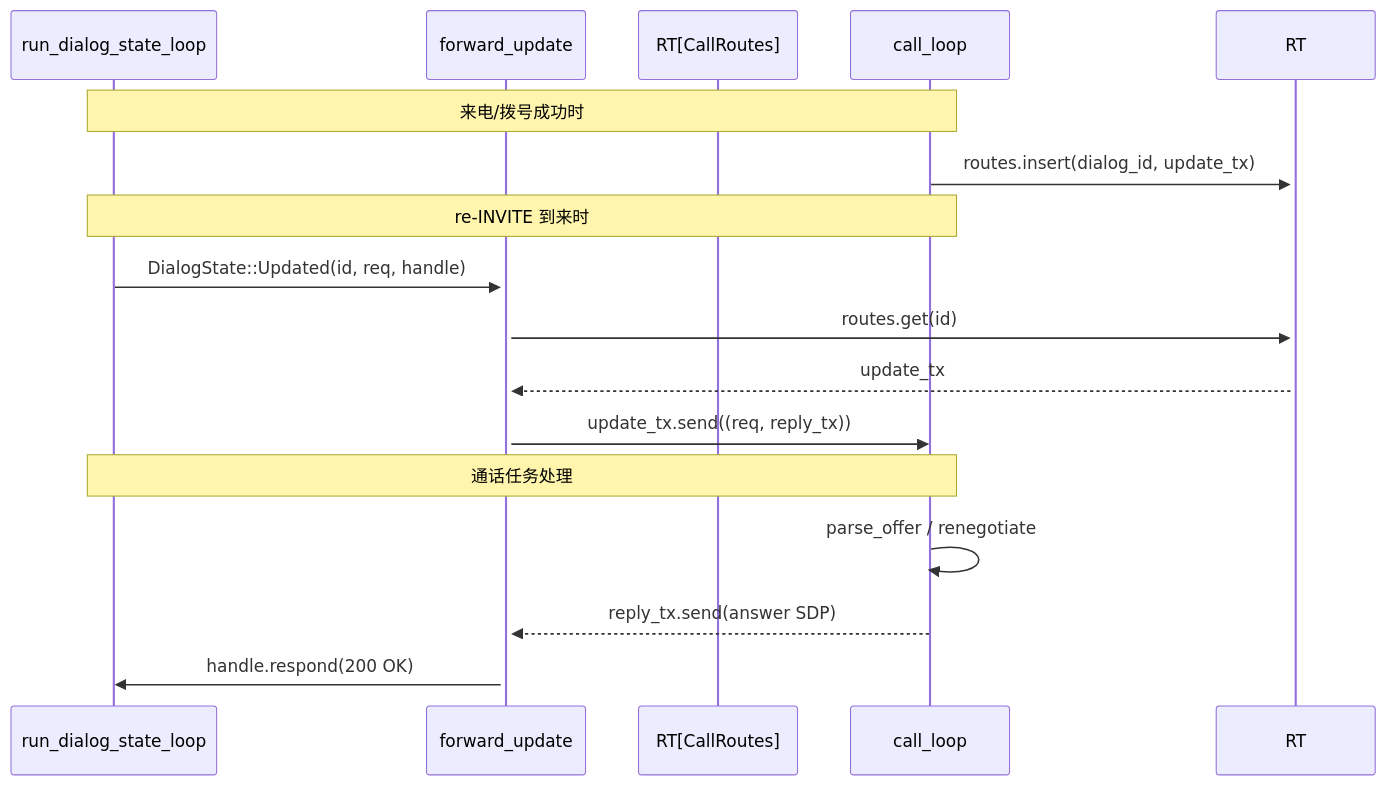
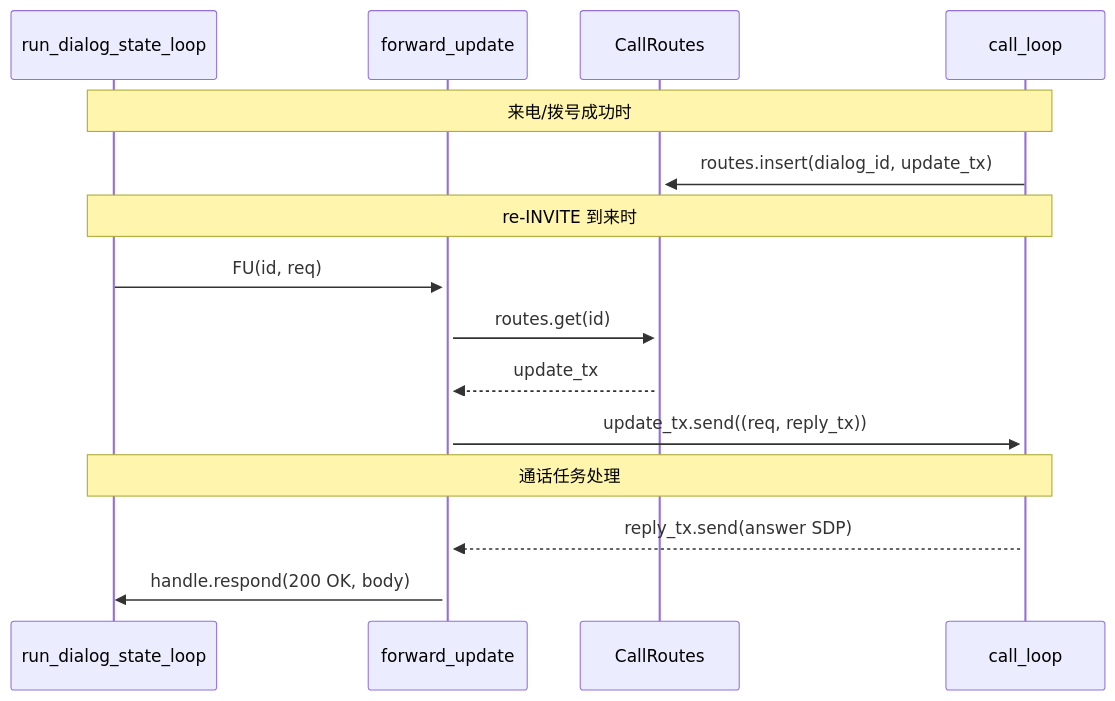
Before and after one commit to TOTHTOT/media_talk_rust: the sixth of 13 diagrams in crates/call-ui/README.md, drawn with Mermaid. The commit also changed other lines of this file, not shown here.

Commit message:
[文档] call-ui/README: 修复 Mermaid sequenceDiagram 箭头方向

````diff
--- a/crates/call-ui/README.md
+++ b/crates/call-ui/README.md
@@ -124,21 +124,20 @@
 ```mermaid
 sequenceDiagram
     participant RSL as run_dialog_state_loop
     participant FU as forward_update
-    participant RT[CallRoutes]
+    participant RT as CallRoutes
     participant CL as call_loop
 
     Note over RSL,CL: 来电/拨号成功时
     CL->>+RT: routes.insert(dialog_id, update_tx)
 
     Note over RSL,CL: re-INVITE 到来时
-    RSL->>+FU: DialogState::Updated(id, req, handle)
+    RSL->>+FU: FU(id, req)
     FU->>+RT: routes.get(id)
     RT-->>FU: update_tx
-    FU->>CL: update_tx.send((req, reply_tx))
+    FU->>+CL: update_tx.send((req, reply_tx))
 
     Note over RSL,CL: 通话任务处理
-    CL->>CL: parse_offer / renegotiate
     CL-->>FU: reply_tx.send(answer SDP)
-    FU->>RSL: handle.respond(200 OK)
+    FU->>RSL: handle.respond(200 OK, body)
 ```
````
